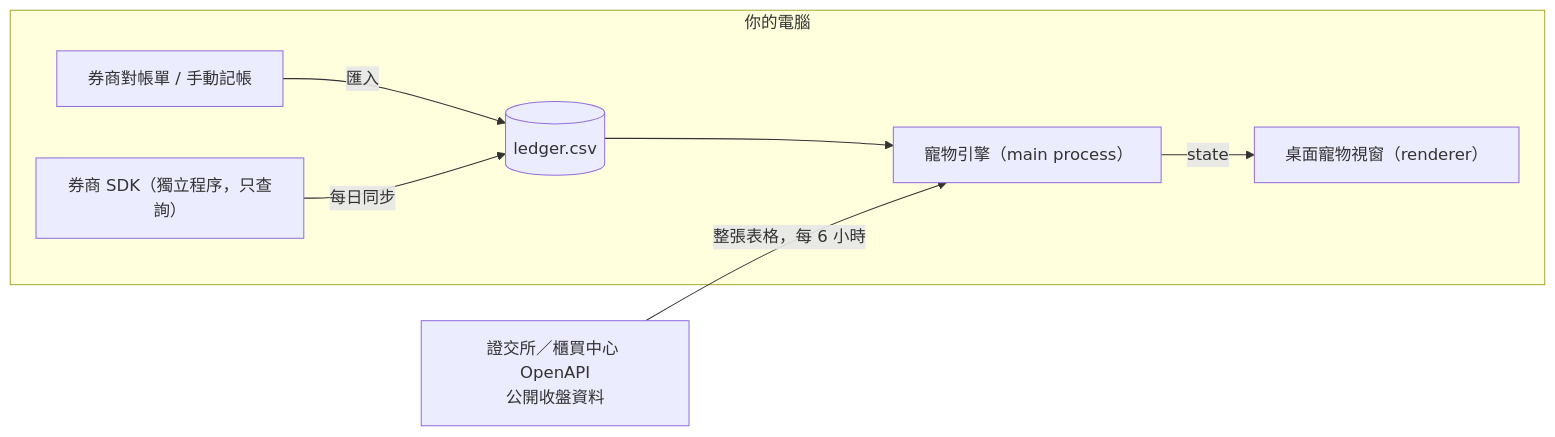
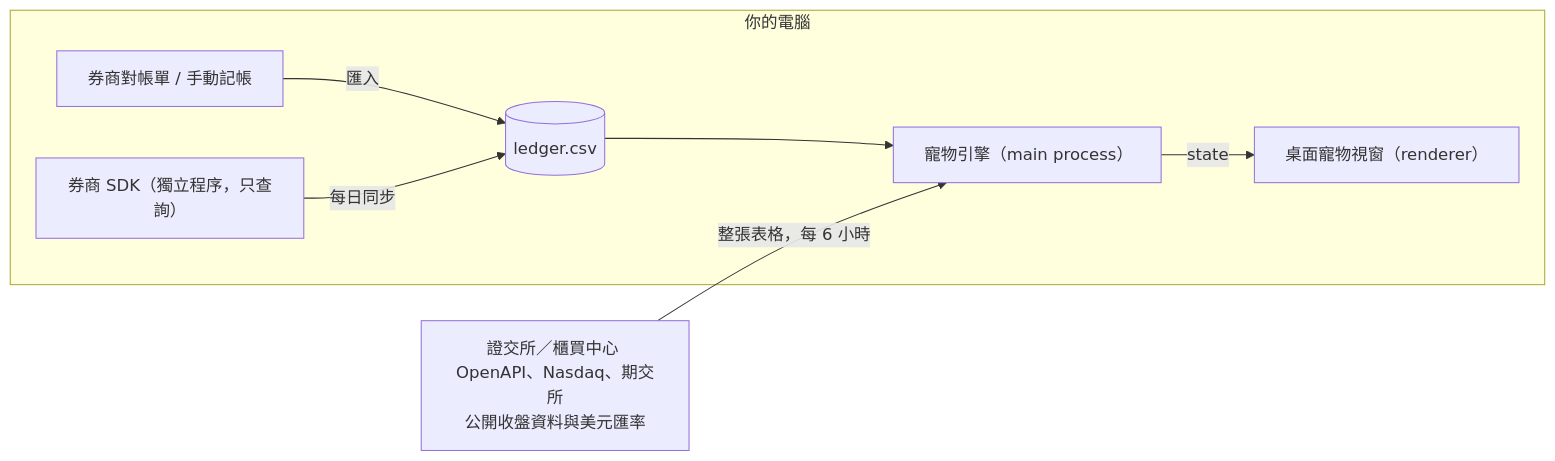
The second of 2 diagrams in README.md (apapp45455/nestegg), drawn with Mermaid before and after one commit. The commit also changed other lines of this file and 12 other files, not shown here.

````diff
--- a/README.md
+++ b/README.md
@@ -546,10 +554,10 @@
 ```mermaid
 flowchart LR
   subgraph local["你的電腦"]
     M["券商對帳單 / 手動記帳"] -->|匯入| L[("ledger.csv")]
     F["券商 SDK（獨立程序，只查詢）"] -->|每日同步| L
     L --> E["寵物引擎（main process）"]
     E -->|state| P["桌面寵物視窗（renderer）"]
   end
-  T["證交所／櫃買中心 OpenAPI<br/>公開收盤資料"] -->|整張表格，每 6 小時| E
+  T["證交所／櫃買中心 OpenAPI、Nasdaq、期交所<br/>公開收盤資料與美元匯率"] -->|整張表格，每 6 小時| E
 ```
````
